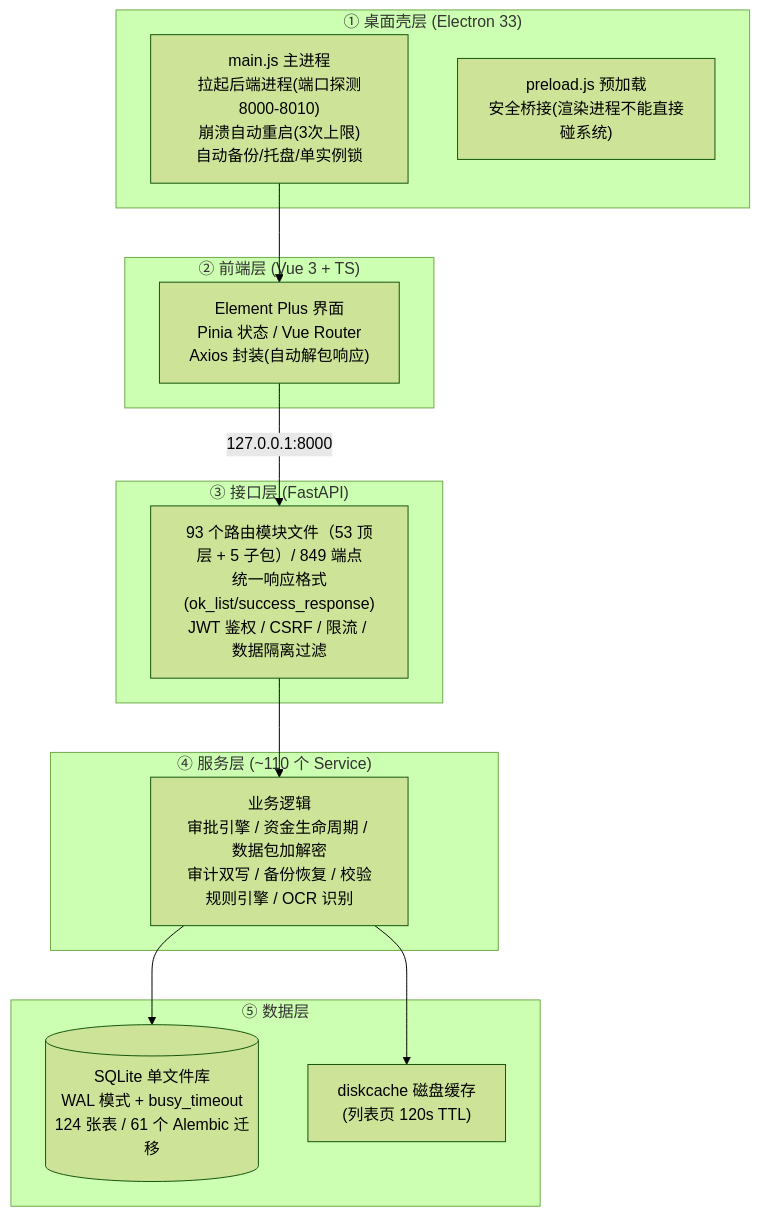
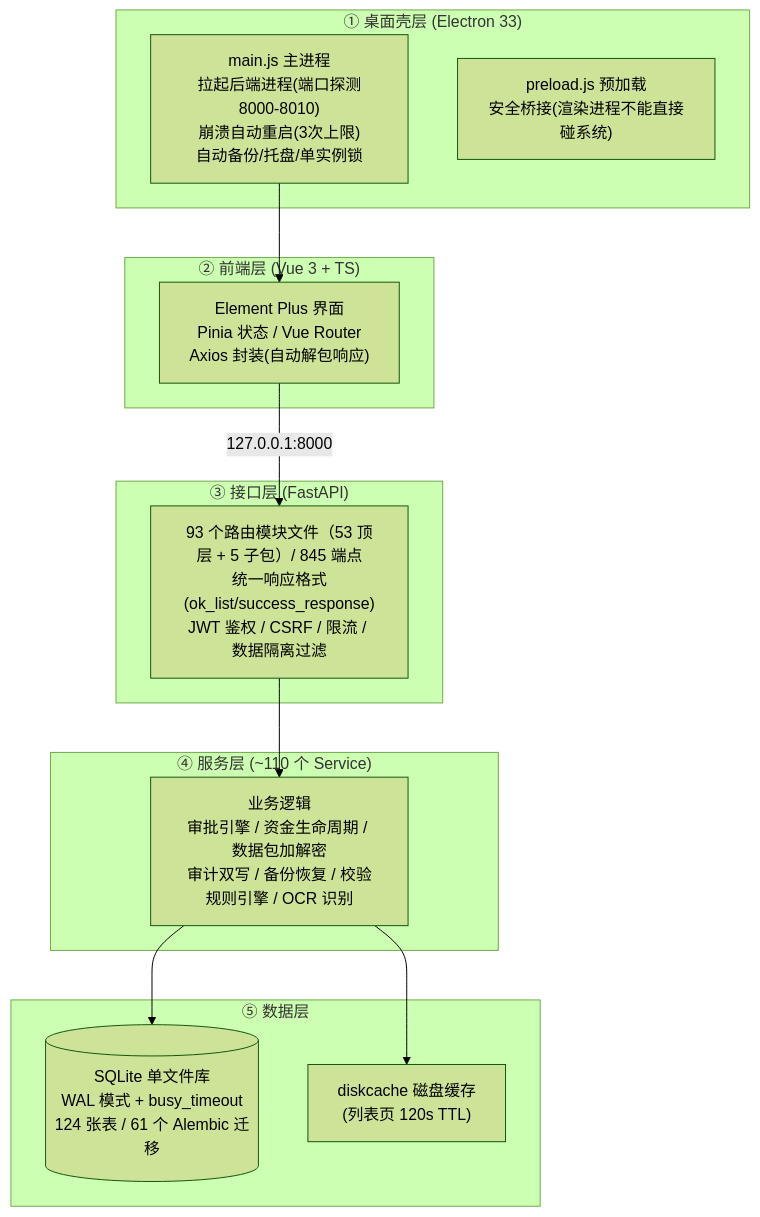
Before and after one commit to lzh745200/MRRS: the diagram in docs/03-开发文档/01-架构设计/系统架构说明.md, drawn with Mermaid (forest theme). The commit also changed 7 other files, not shown here.

````diff
--- a/docs/03-开发文档/01-架构设计/系统架构说明.md
+++ b/docs/03-开发文档/01-架构设计/系统架构说明.md
@@ -17,25 +17,25 @@
 ```mermaid
 graph TB
     subgraph L1["① 桌面壳层 (Electron 33)"]
         MAIN["main.js 主进程<br/>拉起后端进程(端口探测8000-8010)<br/>崩溃自动重启(3次上限)<br/>自动备份/托盘/单实例锁"]
         PRE["preload.js 预加载<br/>安全桥接(渲染进程不能直接碰系统)"]
     end
     subgraph L2["② 前端层 (Vue 3 + TS)"]
         FE["Element Plus 界面<br/>Pinia 状态 / Vue Router<br/>Axios 封装(自动解包响应)"]
     end
     subgraph L3["③ 接口层 (FastAPI)"]
-        API["93 个路由模块文件（53 顶层 + 5 子包）/ 849 端点<br/>统一响应格式(ok_list/success_response)<br/>JWT 鉴权 / CSRF / 限流 / 数据隔离过滤"]
+        API["93 个路由模块文件（53 顶层 + 5 子包）/ 845 端点<br/>统一响应格式(ok_list/success_response)<br/>JWT 鉴权 / CSRF / 限流 / 数据隔离过滤"]
     end
     subgraph L4["④ 服务层 (~110 个 Service)"]
         SVC["业务逻辑<br/>审批引擎 / 资金生命周期 / 数据包加解密<br/>审计双写 / 备份恢复 / 校验规则引擎 / OCR 识别"]
     end
     subgraph L5["⑤ 数据层"]
         DB[("SQLite 单文件库<br/>WAL 模式 + busy_timeout<br/>124 张表 / 61 个 Alembic 迁移")]
         CACHE["diskcache 磁盘缓存<br/>(列表页 120s TTL)"]
     end
     MAIN --> FE
     FE -->|"127.0.0.1:8000"| API
     API --> SVC
     SVC --> DB
     SVC --> CACHE
 ```
````
